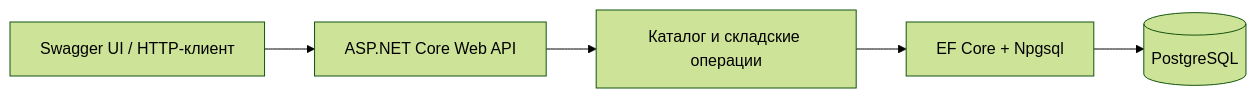
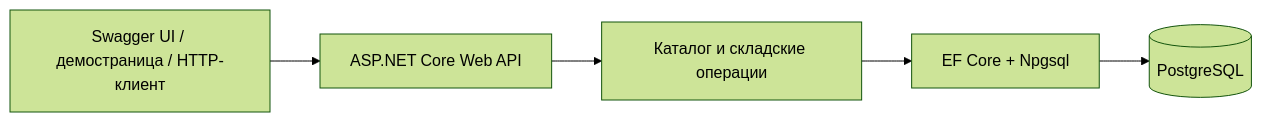
The diagram in docs/architecture.md (kkonstantin08/MarketFlow), drawn with Mermaid (forest theme) before and after one commit. The commit also changed 7 other files, not shown here.

````diff
--- a/docs/architecture.md
+++ b/docs/architecture.md
@@ -5,7 +5,7 @@
 ```mermaid
 flowchart LR
-    Client["Swagger UI / HTTP-клиент"] --> API["ASP.NET Core Web API"]
+    Client["Swagger UI / демостраница / HTTP-клиент"] --> API["ASP.NET Core Web API"]
     API --> Logic["Каталог и складские операции"]
     Logic --> EF["EF Core + Npgsql"]
     EF --> PG[("PostgreSQL")]
 ```
````
